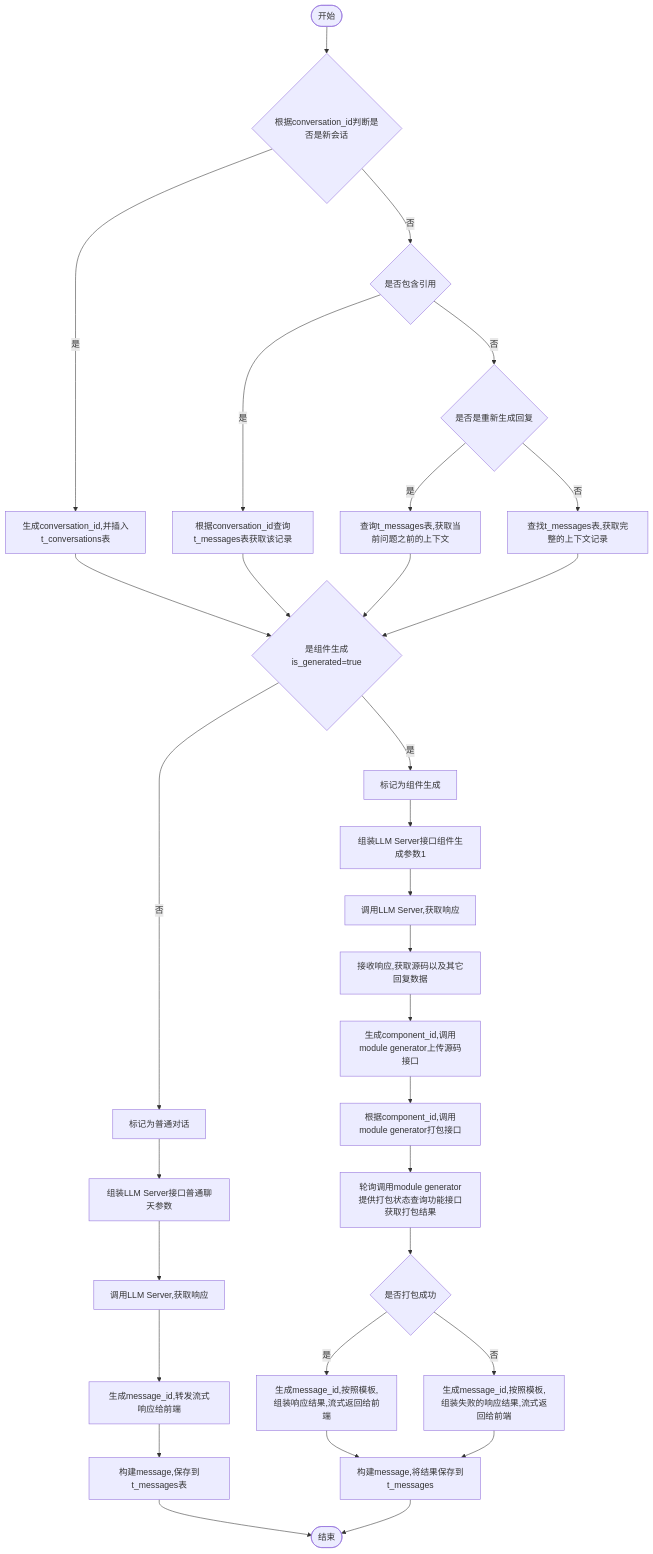
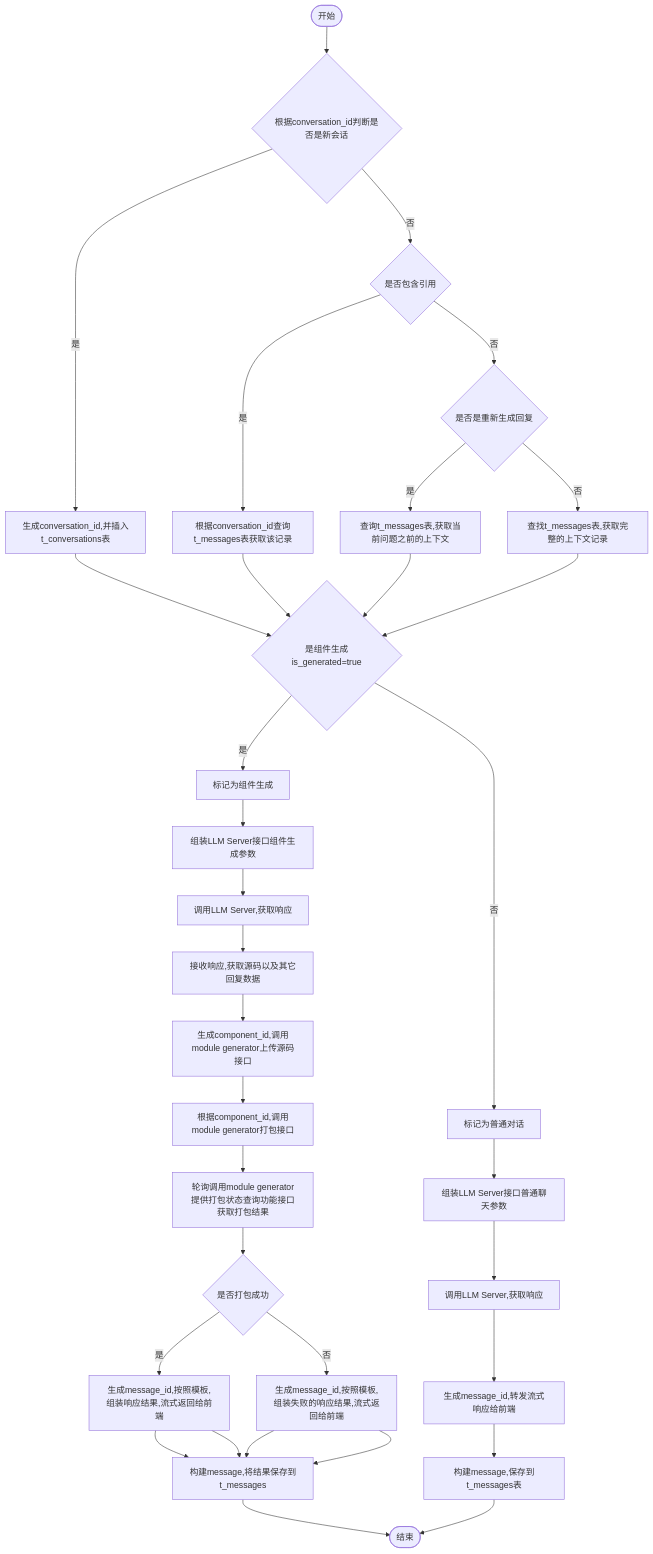
The diagram in all/v0.1.0会话.md (yingjianzh/iodraw-files), drawn with Mermaid before and after one commit.

Commit message:
2024-10-12 17:19:37 update

````diff
--- a/all/v0.1.0会话.md
+++ b/all/v0.1.0会话.md
@@ -1,34 +1,35 @@
 ```mermaid
 flowchart TD
     A([开始]) --> B{根据conversation_id判断是否是新会话}
     B -- 是 --> C[生成conversation_id,并插入t_conversations表]
     B -- 否 --> D{是否包含引用}
     D -- 是 --> E[根据conversation_id查询t_messages表获取该记录]
     D -- 否 --> F{是否是重新生成回复}
     F -- 是 --> G[查询t_messages表,获取当前问题之前的上下文]
     F -- 否 --> H[查找t_messages表,获取完整的上下文记录]
      
     C & E & G & H --> I{是组件生成is_generated=true}
     I -- 是 --> J[标记为组件生成]
     I -- 否 --> K[标记为普通对话]
 
-    J --> L[组装LLM Server接口组件生成参数1]    
+    J --> L[组装LLM Server接口组件生成参数]    
     K --> M[组装LLM Server接口普通聊天参数]    
     M --> N[调用LLM Server,获取响应]    
     N --> O[生成message_id,转发流式响应给前端]
     O --> P[构建message,保存到t_messages表]
     P --> R([结束])
 
 
     L --> S[调用LLM Server,获取响应]
     S --> T[接收响应,获取源码以及其它回复数据]
     T --> U[生成component_id,调用module generator上传源码接口]
     U --> V[根据component_id,调用module generator打包接口]
     V --> W[轮询调用module generator提供打包状态查询功能接口获取打包结果]
     W --> X{是否打包成功}
     X -- 是 --> Y[生成message_id,按照模板,组装响应结果,流式返回给前端]
     X -- 否 --> Z[生成message_id,按照模板,组装失败的响应结果,流式返回给前端]
 
     Y & Z --> Result[构建message,将结果保存到t_messages]
+    Y & Z --> Result[构建message,将结果保存到t_messages]
     Result --> R
 ```
````
